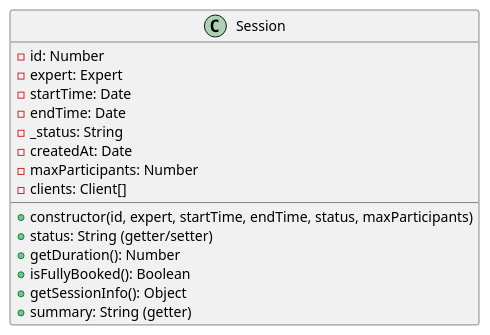
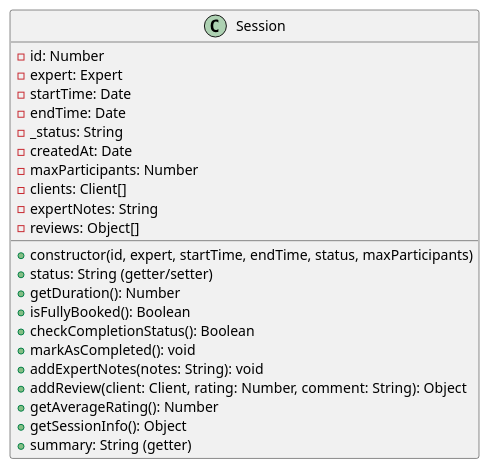
Before and after one commit to coyotiv-sose/graduation-project-muharremozluturk: the diagram in architecture/class_diagrams/session_class.puml, drawn with PlantUML. The commit also changed 3 other files, not shown here.

Commit message:
Update class diagrams; add use case diagram for booking system.

```diff
--- a/architecture/class_diagrams/session_class.puml
+++ b/architecture/class_diagrams/session_class.puml
@@ -1,19 +1,26 @@
 @startuml Session
 class Session {
   - id: Number
   - expert: Expert
   - startTime: Date
   - endTime: Date
   - _status: String
   - createdAt: Date
   - maxParticipants: Number
   - clients: Client[]
+  - expertNotes: String
+  - reviews: Object[]
 
   + constructor(id, expert, startTime, endTime, status, maxParticipants)
   + status: String (getter/setter)
   + getDuration(): Number
   + isFullyBooked(): Boolean
+  + checkCompletionStatus(): Boolean
+  + markAsCompleted(): void
+  + addExpertNotes(notes: String): void
+  + addReview(client: Client, rating: Number, comment: String): Object
+  + getAverageRating(): Number
   + getSessionInfo(): Object
   + summary: String (getter)
 }
 @enduml
```
